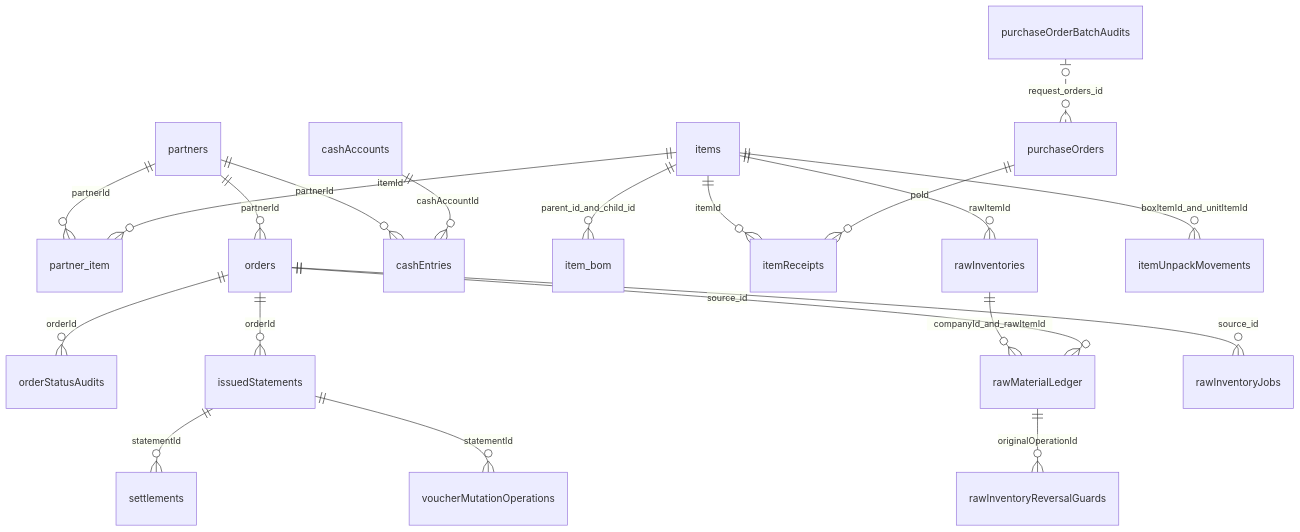
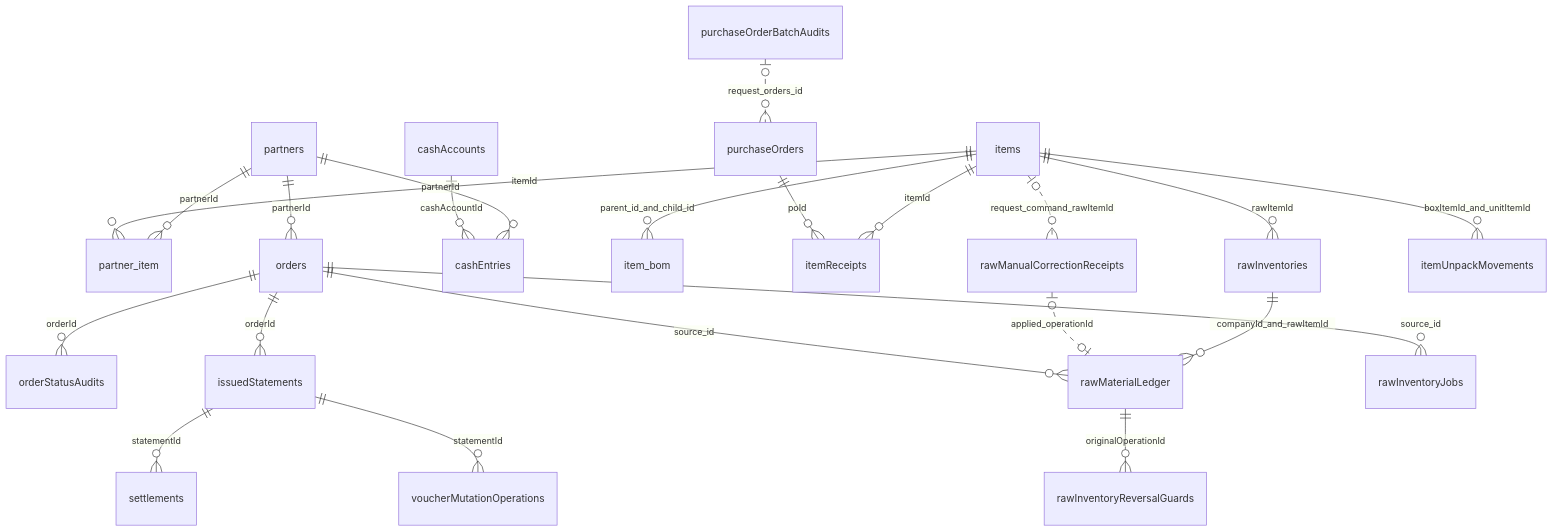
One commit to limyh0627/taebaekfood changed the first of 2 diagrams in docs/erd-current-and-target-20261007.md. Above: the diagram before and after it, drawn with Mermaid. The commit also changed other lines of this file and 2 other files, not shown here.

````diff
--- a/docs/erd-current-and-target-20261007.md
+++ b/docs/erd-current-and-target-20261007.md
@@ -228,22 +242,24 @@
 ```mermaid
 erDiagram
   partners ||--o{ partner_item : partnerId
   items ||--o{ partner_item : itemId
   partners ||--o{ orders : partnerId
   orders ||--o{ orderStatusAudits : orderId
   orders ||--o{ issuedStatements : orderId
   issuedStatements ||--o{ settlements : statementId
   partners ||--o{ cashEntries : partnerId
   cashAccounts ||--o{ cashEntries : cashAccountId
   items ||--o{ item_bom : parent_id_and_child_id
   items ||--o{ itemReceipts : itemId
   purchaseOrders ||--o{ itemReceipts : poId
   purchaseOrderBatchAudits |o..o{ purchaseOrders : request_orders_id
   items ||--o{ rawInventories : rawItemId
   rawInventories ||--o{ rawMaterialLedger : companyId_and_rawItemId
+  items |o..o{ rawManualCorrectionReceipts : request_command_rawItemId
+  rawManualCorrectionReceipts |o..o| rawMaterialLedger : applied_operationId
   orders ||--o{ rawInventoryJobs : source_id
   orders ||--o{ rawMaterialLedger : source_id
   rawMaterialLedger ||--o{ rawInventoryReversalGuards : originalOperationId
   items ||--o{ itemUnpackMovements : boxItemId_and_unitItemId
   issuedStatements ||--o{ voucherMutationOperations : statementId
 ```
````
